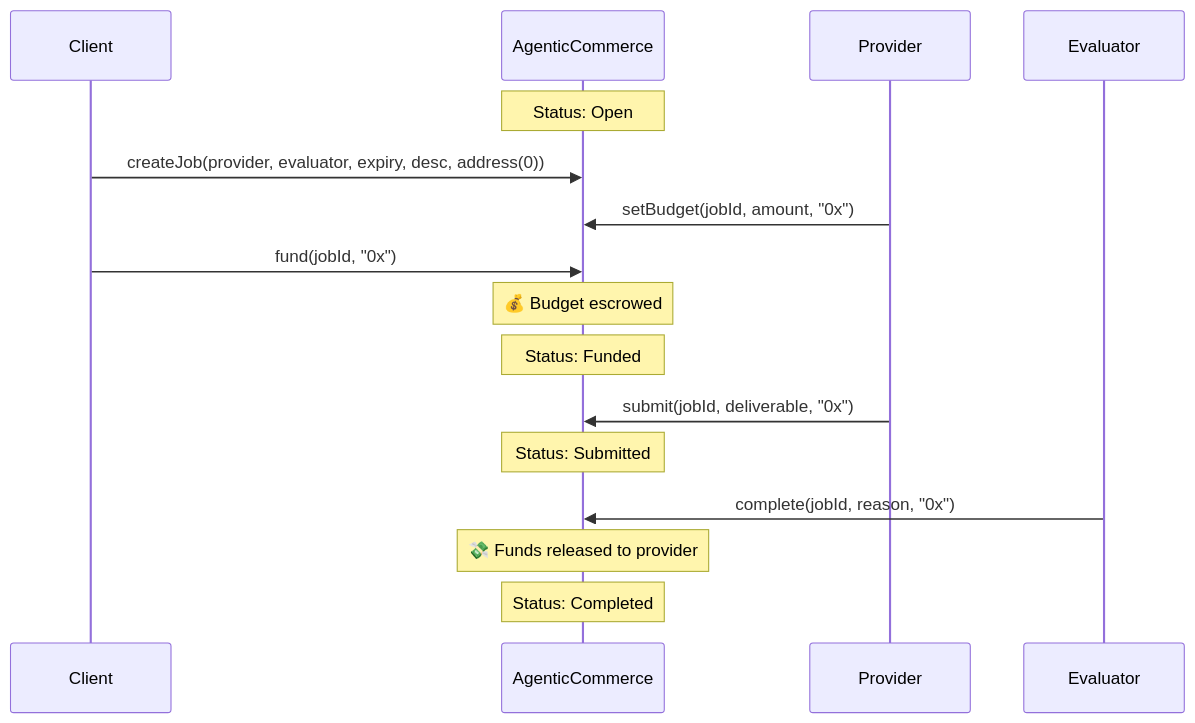
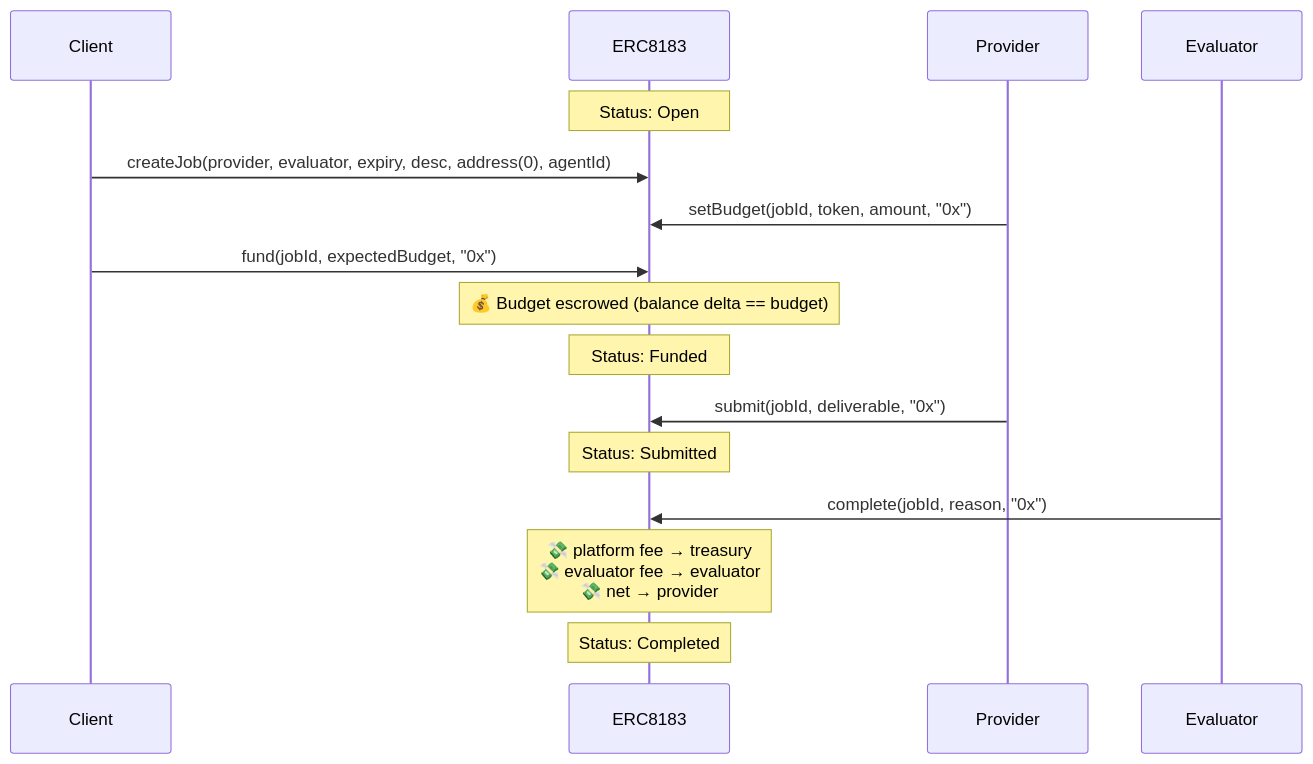
Before and after one commit to erc-8183/base-contracts: the second of 3 diagrams in docs/01-architecture.md, drawn with Mermaid. The commit also changed other lines of this file and 9 other files, not shown here.

Commit message:
feat: harden ERC8183 escrow, rename AgenticCommerce contract and update docs

````diff
--- a/docs/01-architecture.md
+++ b/docs/01-architecture.md
@@ -28,21 +31,21 @@
 ```mermaid
 sequenceDiagram
     participant C as Client
-    participant AC as AgenticCommerce
+    participant AC as ERC8183
     participant P as Provider
     participant E as Evaluator
 
     Note over AC: Status: Open
-    C->>AC: createJob(provider, evaluator, expiry, desc, address(0))
-    P->>AC: setBudget(jobId, amount, "0x")
-    C->>AC: fund(jobId, "0x")
-    Note over AC: 💰 Budget escrowed
+    C->>AC: createJob(provider, evaluator, expiry, desc, address(0), agentId)
+    P->>AC: setBudget(jobId, token, amount, "0x")
+    C->>AC: fund(jobId, expectedBudget, "0x")
+    Note over AC: 💰 Budget escrowed (balance delta == budget)
     Note over AC: Status: Funded
 
     P->>AC: submit(jobId, deliverable, "0x")
     Note over AC: Status: Submitted
 
     E->>AC: complete(jobId, reason, "0x")
-    Note over AC: 💸 Funds released to provider
+    Note over AC: 💸 platform fee → treasury<br/>💸 evaluator fee → evaluator<br/>💸 net → provider
     Note over AC: Status: Completed
 ```
````
